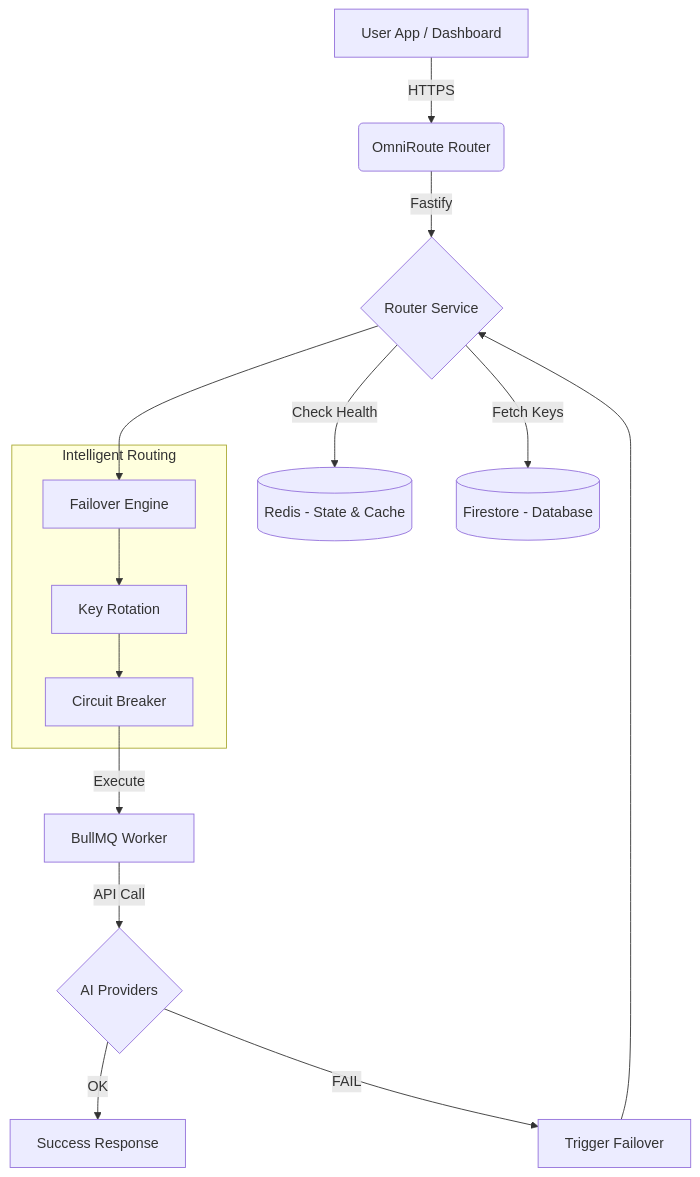
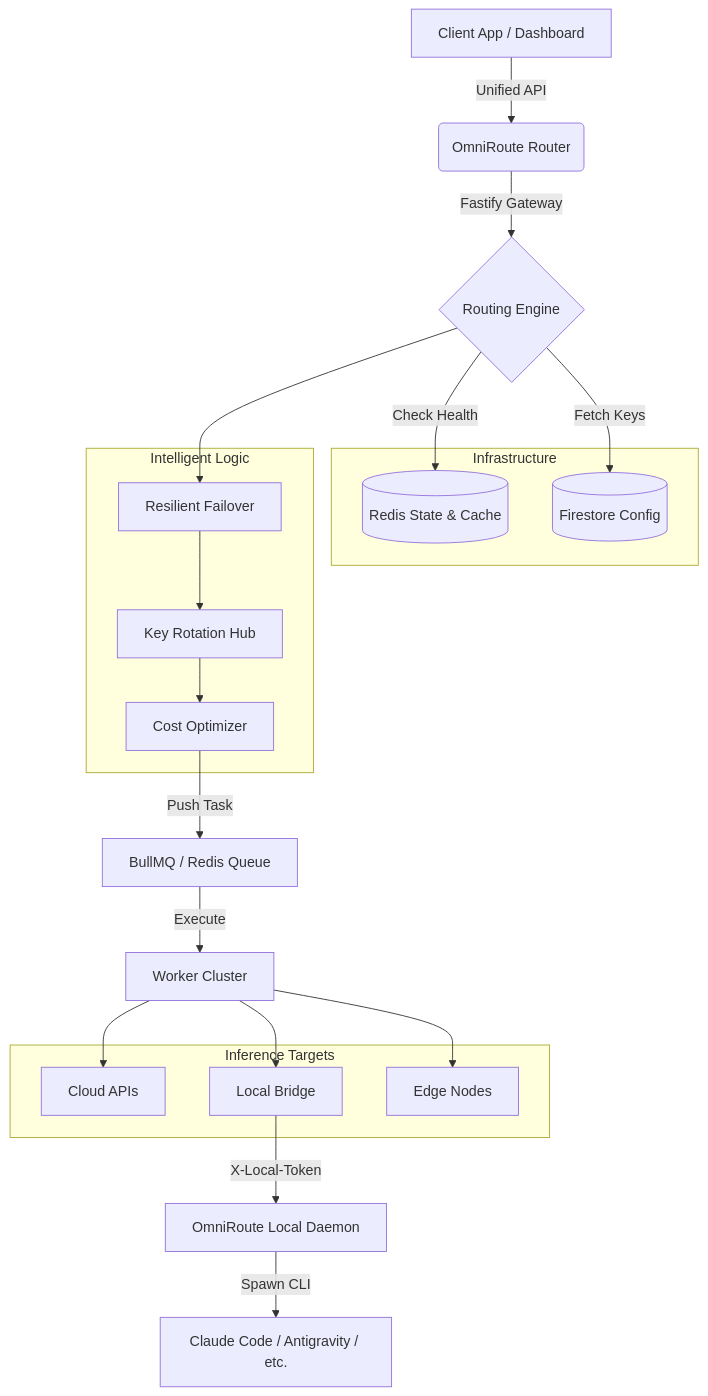
The diagram in README.md (muzahirabbas/OmniRouteAI), drawn with Mermaid before and after one commit. The commit also changed other lines of this file and 1 other file, not shown here.

Commit message:
docs: overhaul README with 24+ providers and add MIT license

````diff
--- a/README.md
+++ b/README.md
@@ -27,24 +41,37 @@
 ```mermaid
 graph TD
-    A[User App / Dashboard] -->|HTTPS| B(OmniRoute Router)
-    B -->|Fastify| C{Router Service}
-    C -->|Check Health| D[(Redis - State & Cache)]
-    C -->|Fetch Keys| E[(Firestore - Database)]
+    A[Client App / Dashboard] -->|Unified API| B(OmniRoute Router)
+    B -->|Fastify Gateway| C{Routing Engine}
     
-    subgraph "Intelligent Routing"
-        F[Failover Engine]
-        G[Key Rotation]
-        H[Circuit Breaker]
+    subgraph "Infrastructure"
+        D[(Redis State & Cache)]
+        E[(Firestore Config)]
     end
     
-    C --> F
-    F --> G
-    G --> H
+    C -->|Check Health| D
+    C -->|Fetch Keys| E
     
-    H -->|Execute| I[BullMQ Worker]
-    I -->|API Call| J{AI Providers}
+    subgraph "Intelligent Logic"
+        F[Resilient Failover]
+        G[Key Rotation Hub]
+        H[Cost Optimizer]
+    end
     
-    J -->|OK| K[Success Response]
-    J -->|FAIL| L[Trigger Failover]
-    L --> C
+    C --> F --> G --> H
+    H -->|Push Task| I[BullMQ / Redis Queue]
+    
+    I -->|Execute| J[Worker Cluster]
+    
+    subgraph "Inference Targets"
+        K[Cloud APIs]
+        L[Local Bridge]
+        M[Edge Nodes]
+    end
+    
+    J --> K
+    J --> L
+    J --> M
+    
+    L -->|X-Local-Token| N[OmniRoute Local Daemon]
+    N -->|Spawn CLI| O[Claude Code / Antigravity / etc.]
 ```
````
